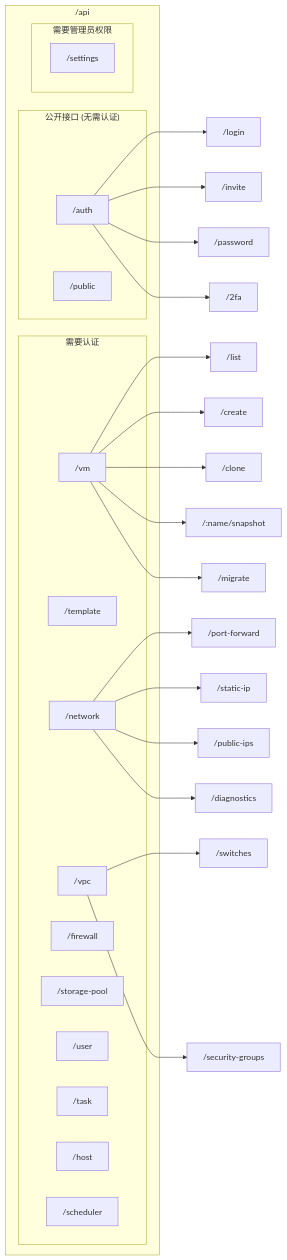
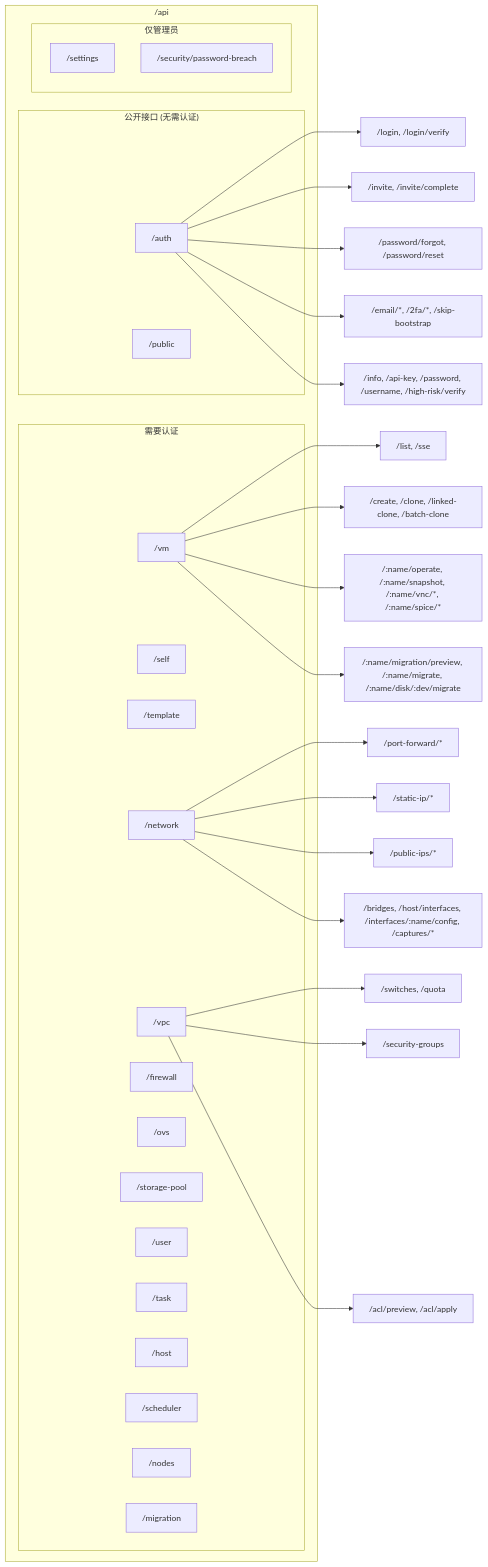
The seventh of 18 diagrams in docs/feature-analysis/qvmconsole-architecture.mdx (QVMConsole/docs), drawn with Mermaid before and after one commit. The commit also changed other lines of this file and 37 other files, not shown here.

````diff
--- a/docs/feature-analysis/qvmconsole-architecture.mdx
+++ b/docs/feature-analysis/qvmconsole-architecture.mdx
@@ -332,45 +355,51 @@
 ```mermaid
 graph LR
     subgraph API["/api"]
         subgraph 公开接口["公开接口 (无需认证)"]
             Auth["/auth"]
             Public["/public"]
         end
-        
+
         subgraph 认证接口["需要认证"]
             VM["/vm"]
+            Self["/self"]
             Template["/template"]
             Network["/network"]
             VPC["/vpc"]
             Firewall["/firewall"]
+            OVS["/ovs"]
             Storage["/storage-pool"]
             User["/user"]
             Task["/task"]
             Host["/host"]
             Scheduler["/scheduler"]
+            Nodes["/nodes"]
+            Migration["/migration"]
         end
 
-        subgraph 管理员接口["需要管理员权限"]
+        subgraph 管理员接口["仅管理员"]
             Settings["/settings"]
+            SecurityScan["/security/password-breach"]
         end
     end
 
-    Auth --> Login["/login"]
-    Auth --> Register["/invite"]
-    Auth --> Password["/password"]
-    Auth --> TwoFA["/2fa"]
-    
-    VM --> VMList["/list"]
-    VM --> VMCreate["/create"]
-    VM --> VMClone["/clone"]
-    VM --> VMSnapshot["/:name/snapshot"]
-    VM --> VMMigrate["/migrate"]
-    
-    Network --> PortForward["/port-forward"]
-    Network --> StaticIP["/static-ip"]
-    Network --> PublicIP["/public-ips"]
-    Network --> Diagnostics["/diagnostics"]
-    
-    VPC --> Switch["/switches"]
+    Auth --> Login["/login, /login/verify"]
+    Auth --> Invite["/invite, /invite/complete"]
+    Auth --> Password["/password/forgot, /password/reset"]
+    Auth --> SecureSetup["/email/*, /2fa/*, /skip-bootstrap"]
+    Auth --> HighRisk["/info, /api-key, /password, /username, /high-risk/verify"]
+
+    VM --> VMList["/list, /sse"]
+    VM --> VMCreate["/create, /clone, /linked-clone, /batch-clone"]
+    VM --> VMOp["/:name/operate, /:name/snapshot, /:name/vnc/*, /:name/spice/*"]
+    VM --> VMMigrate["/:name/migration/preview, /:name/migrate, /:name/disk/:dev/migrate"]
+
+    Network --> PortForward["/port-forward/*"]
+    Network --> StaticIP["/static-ip/*"]
+    Network --> PublicIP["/public-ips/*"]
+    Network --> Bridges["/bridges, /host/interfaces, /interfaces/:name/config, /captures/*"]
+
+    VPC --> Switch["/switches, /quota"]
     VPC --> SecurityGroup["/security-groups"]
+    VPC --> ACL["/acl/preview, /acl/apply"]
 ```
````
